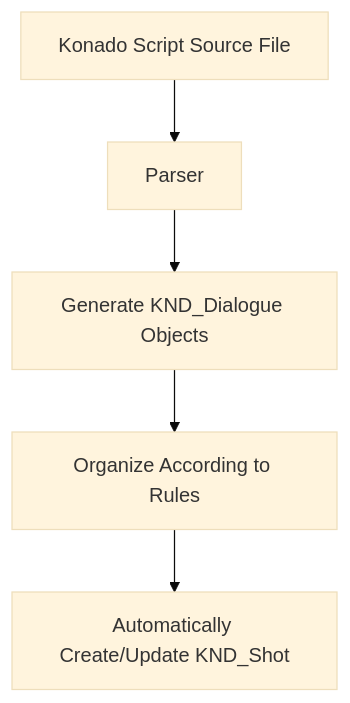
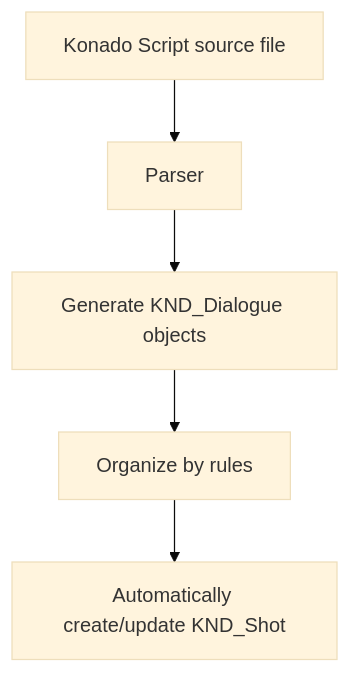
One commit to DSOE1024/konado changed the diagram in docs/en/tutorial/core/shot-and-dialogue.md. Above: the diagram before and after it, drawn with Mermaid (base theme). The commit also changed other lines of this file and 224 other files, not shown here.

````diff
--- a/docs/en/tutorial/core/shot-and-dialogue.md
+++ b/docs/en/tutorial/core/shot-and-dialogue.md
@@ -27,8 +32,8 @@
 ```mermaid
 graph TD
-    A["Konado Script Source File"] --> B["Parser"]
-    B --> C["Generate KND_Dialogue Objects"]
-    C --> D["Organize According to Rules"]
-    D --> E["Automatically Create/Update KND_Shot"]
+    A["Konado Script source file"] --> B["Parser"]
+    B --> C["Generate KND_Dialogue objects"]
+    C --> D["Organize by rules"]
+    D --> E["Automatically create/update KND_Shot"]
 
 ```
````
